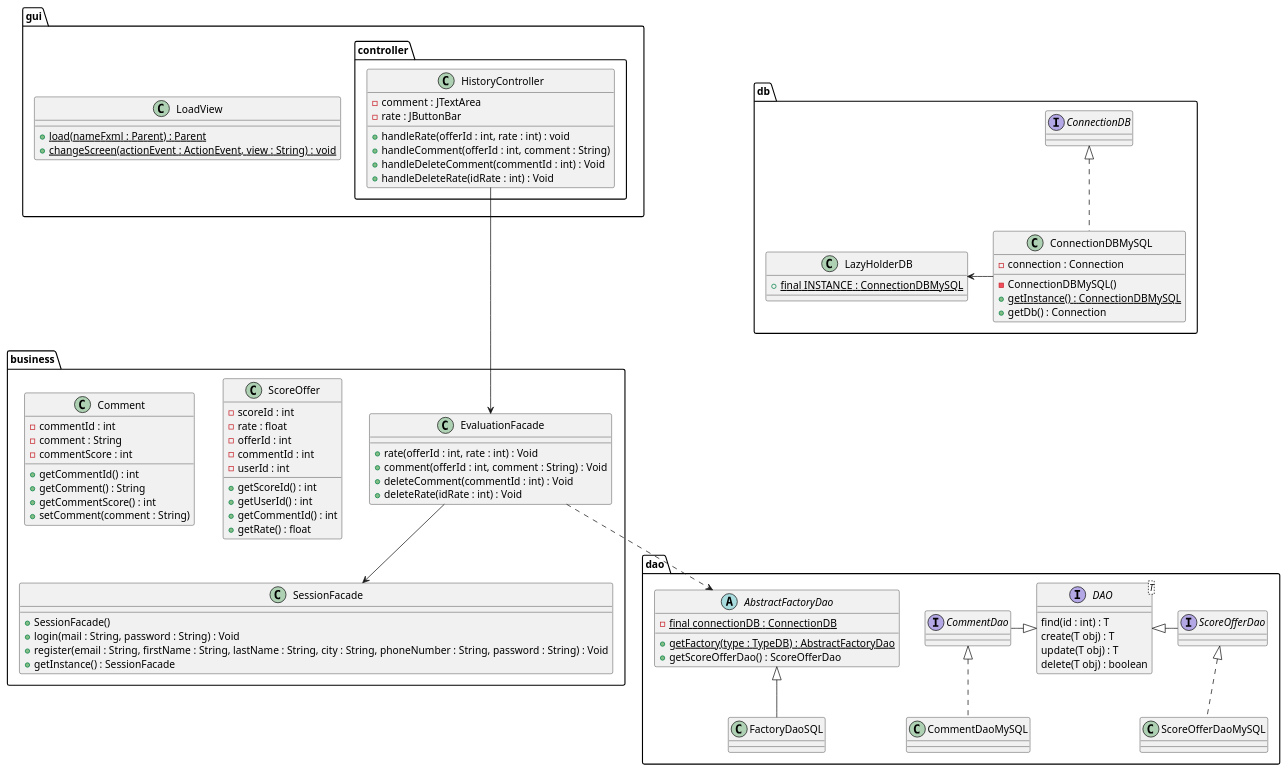
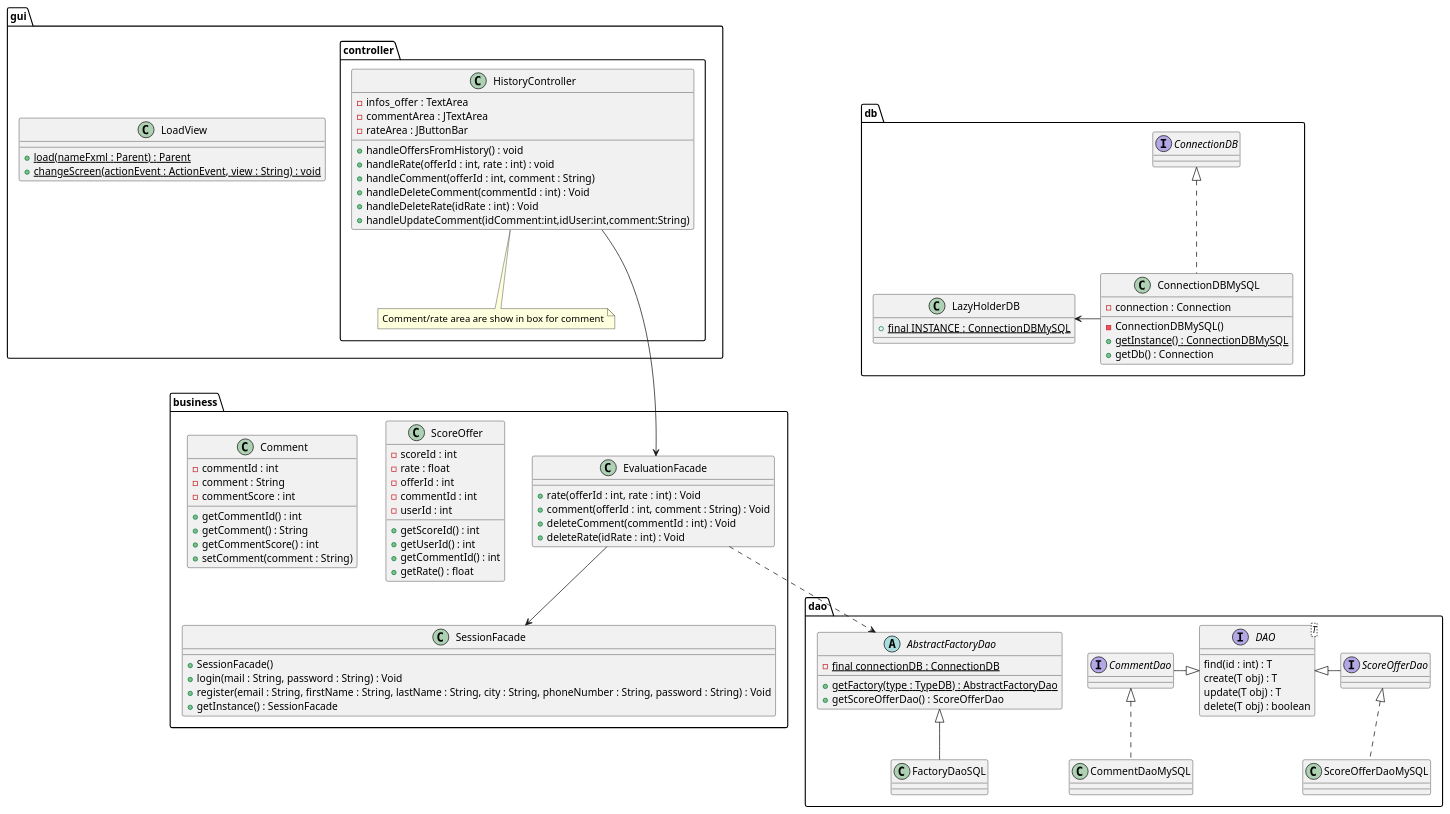
The diagram in documents/diagram/evaluation/evaluationClass.puml (LaunoisRemy/ToolShare), drawn with PlantUML before and after one commit. The commit also changed 1 other file, not shown here.

Commit message:
UML : Sync history Controller

```diff
--- a/documents/diagram/evaluation/evaluationClass.puml
+++ b/documents/diagram/evaluation/evaluationClass.puml
@@ -1,114 +1,120 @@
 @startuml
 
 package dao {
 
 
     interface ScoreOfferDao{
     }
     class ScoreOfferDaoMySQL
     interface CommentDao{
     }
     class CommentDaoMySQL
 
     AbstractFactoryDao <|-- FactoryDaoSQL
     ScoreOfferDao <|.. ScoreOfferDaoMySQL
     CommentDao <|.. CommentDaoMySQL
 
     interface DAO<T>{
         find(id : int) : T
         create(T obj) : T
         update(T obj) : T
         delete(T obj) : boolean
     }
 
     abstract AbstractFactoryDao{
         - {static} final connectionDB : ConnectionDB
         + {static} getFactory(type : TypeDB) : AbstractFactoryDao
         + getScoreOfferDao() : ScoreOfferDao
     }
 
     class FactoryDaoSQL{
     }
 
     DAO <|- ScoreOfferDao
     DAO <|-left CommentDao
 }
 package db{
     class ConnectionDBMySQL{
         - connection : Connection
         - ConnectionDBMySQL()
         + {static} getInstance() : ConnectionDBMySQL
         + getDb() : Connection
     }
 
     class LazyHolderDB{
         + {static} final INSTANCE : ConnectionDBMySQL
     }
     interface ConnectionDB
     ConnectionDBMySQL -Left-> LazyHolderDB
     ConnectionDBMySQL .up.|> ConnectionDB
 
 }
 package business{
     class SessionFacade{
         + SessionFacade()
         + login(mail : String, password : String) : Void
         + register(email : String, firstName : String, lastName : String, city : String, phoneNumber : String, password : String) : Void
         + getInstance() : SessionFacade
     }
 
     class EvaluationFacade{
         + rate(offerId : int, rate : int) : Void
         + comment(offerId : int, comment : String) : Void
         + deleteComment(commentId : int) : Void
         + deleteRate(idRate : int) : Void
     }
     class ScoreOffer{
         - scoreId : int
         - rate : float
         - offerId : int
         - commentId : int
         - userId : int
         + getScoreId() : int
         + getUserId() : int
         + getCommentId() : int
         + getRate() : float
     }
 
     class Comment{
     - commentId : int
     - comment : String
     - commentScore : int
     + getCommentId() : int
     + getComment() : String
     + getCommentScore() : int
     + setComment(comment : String)
     }
 }
 
 package gui{
 
     class LoadView{
         + {static} load(nameFxml : Parent) : Parent
         + {static} changeScreen(actionEvent : ActionEvent, view : String) : void
     }
 
     package controller{
+        note "Comment/rate area are show in box for comment" as n1
+        HistoryController .. n1
         class HistoryController{
-            - comment : JTextArea
-            - rate : JButtonBar
+            - infos_offer : TextArea
+            - commentArea : JTextArea
+            - rateArea : JButtonBar
+
+            + handleOffersFromHistory() : void
             + handleRate(offerId : int, rate : int) : void
             + handleComment(offerId : int, comment : String)
             + handleDeleteComment(commentId : int) : Void
             + handleDeleteRate(idRate : int) : Void
+            + handleUpdateComment(idComment:int,idUser:int,comment:String)
         }
 
     }
 }
 EvaluationFacade <--Up- HistoryController
 EvaluationFacade --> SessionFacade
 EvaluationFacade ..> AbstractFactoryDao
 
 
 
 @enduml
```
